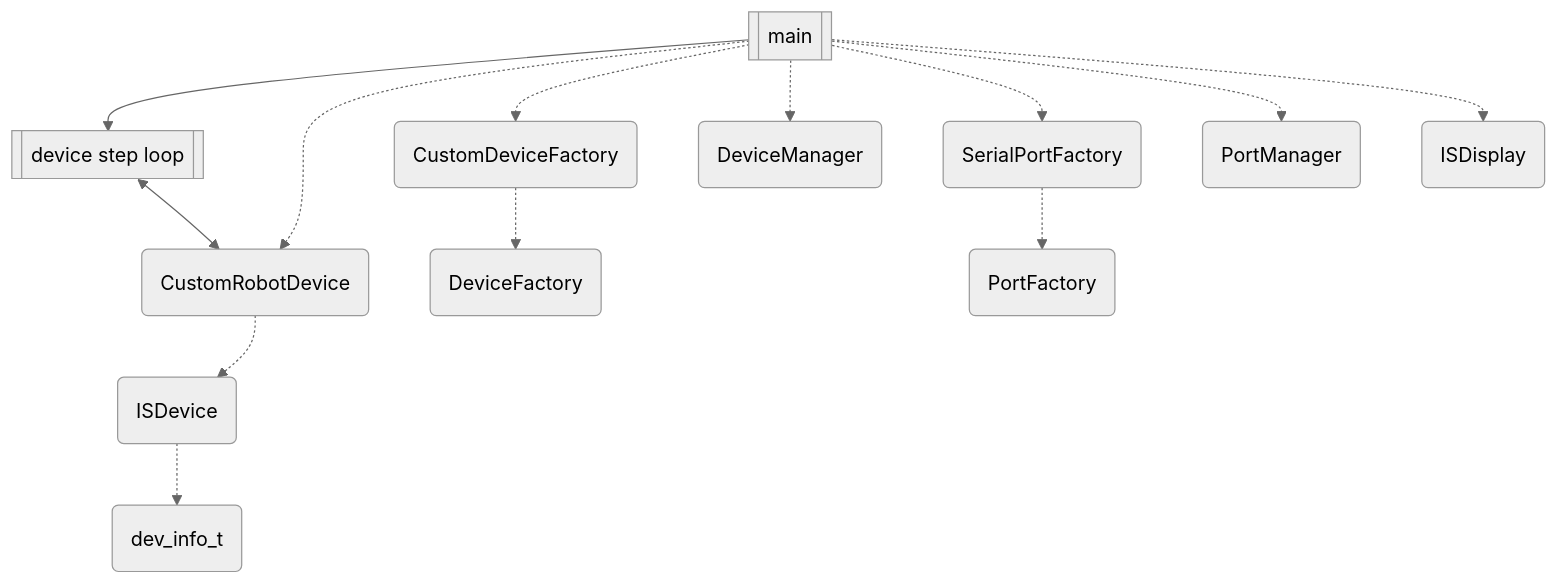
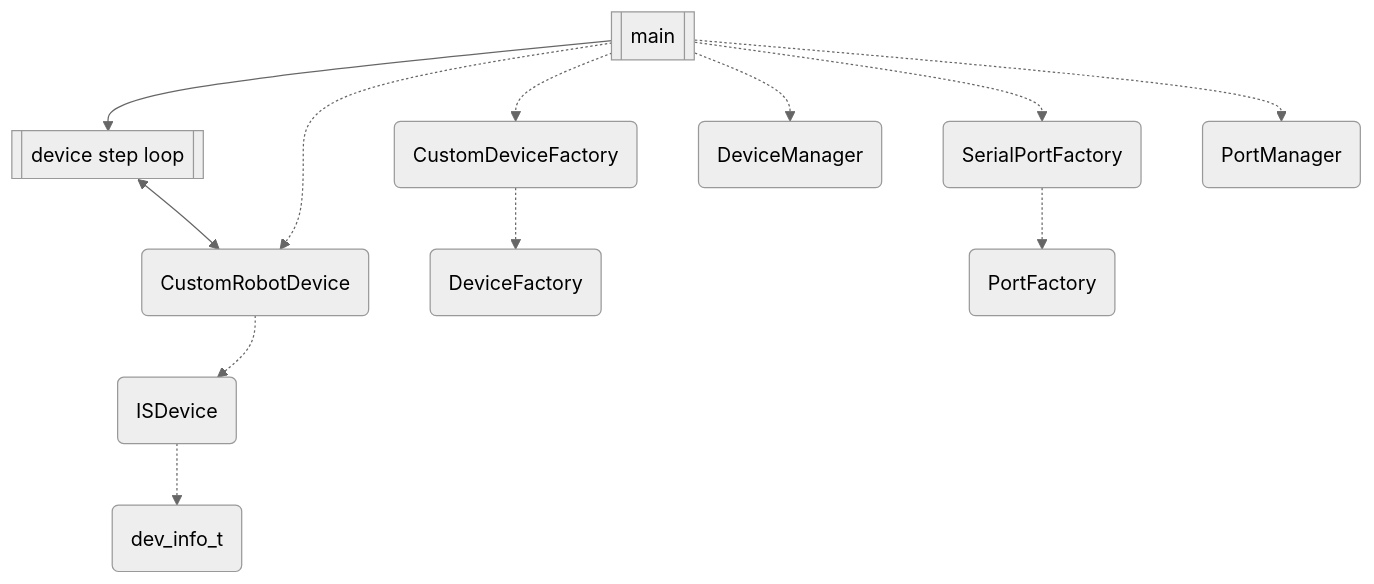
Before and after one commit to inertialsense/inertial-sense-sdk: the first of 2 diagrams in ExampleProjects/CustomRobotDevice/README.md, drawn with Mermaid (neutral theme). The commit also changed other lines of this file and 4 other files, not shown here.

````diff
--- a/ExampleProjects/CustomRobotDevice/README.md
+++ b/ExampleProjects/CustomRobotDevice/README.md
@@ -18,17 +18,16 @@
 ```mermaid
 graph TD
    A[[main]] --> B[[device step loop]]
    A -.-> C(CustomRobotDevice)
    A -.-> D(CustomDeviceFactory)
    A -.-> E(DeviceManager)     
    A -.-> F(SerialPortFactory)
    A -.-> G(PortManager)
-   A -.-> L(ISDisplay)
    C -.-> H(ISDevice)
    D -.-> I(DeviceFactory)
    F -.-> J(PortFactory)
    H -.-> K(dev_info_t)
    B ~~~ H
    B <--> C
    %%comment
 ```
````
